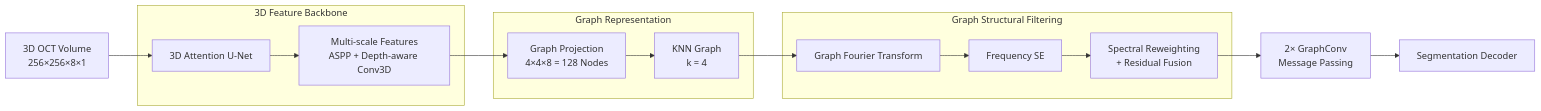
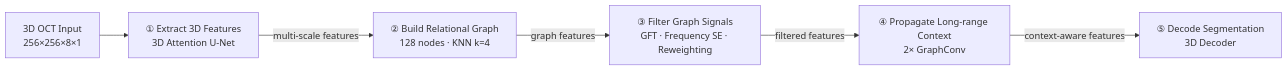
One commit to ChengYuChing/3D-DLimage-segmentation changed the fifth of 6 diagrams in README.md. Above: the diagram before and after it, drawn with Mermaid. The commit also changed other lines of this file, not shown here.

Commit message:
Simplify P4 architecture pipeline for readability

````diff
--- a/README.md
+++ b/README.md
@@ -255,32 +255,15 @@
 ```mermaid
 flowchart LR
-    X["3D OCT Volume<br/>256×256×8×1"]
+    A["3D OCT Input<br/>256×256×8×1"]
+    B["① Extract 3D Features<br/>3D Attention U-Net"]
+    C["② Build Relational Graph<br/>128 nodes · KNN k=4"]
+    D["③ Filter Graph Signals<br/>GFT · Frequency SE · Reweighting"]
+    E["④ Propagate Long-range Context<br/>2× GraphConv"]
+    F["⑤ Decode Segmentation<br/>3D Decoder"]
 
-    subgraph B["3D Feature Backbone"]
-        B1["3D Attention U-Net"]
-        B2["Multi-scale Features<br/>ASPP + Depth-aware Conv3D"]
-        B1 --> B2
-    end
-
-    subgraph G["Graph Representation"]
-        G1["Graph Projection<br/>4×4×8 = 128 Nodes"]
-        G2["KNN Graph<br/>k = 4"]
-        G1 --> G2
-    end
-
-    subgraph S["Graph Structural Filtering"]
-        S1["Graph Fourier Transform"]
-        S2["Frequency SE"]
-        S3["Spectral Reweighting<br/>+ Residual Fusion"]
-        S1 --> S2 --> S3
-    end
-
-    M["2× GraphConv<br/>Message Passing"]
-    D["Segmentation Decoder"]
-
-    X --> B1
-    B2 --> G1
-    G2 --> S1
-    S3 --> M
-    M --> D
+    A --> B
+    B -->|"multi-scale features"| C
+    C -->|"graph features"| D
+    D -->|"filtered features"| E
+    E -->|"context-aware features"| F
 ```
````
